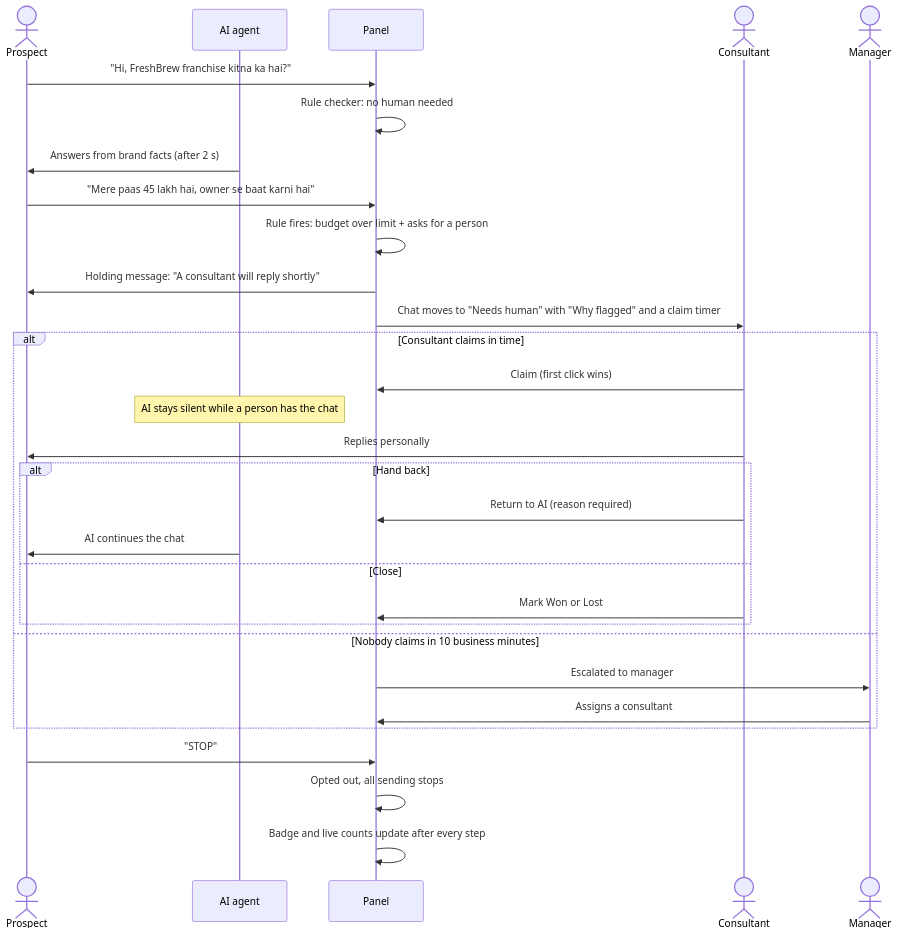
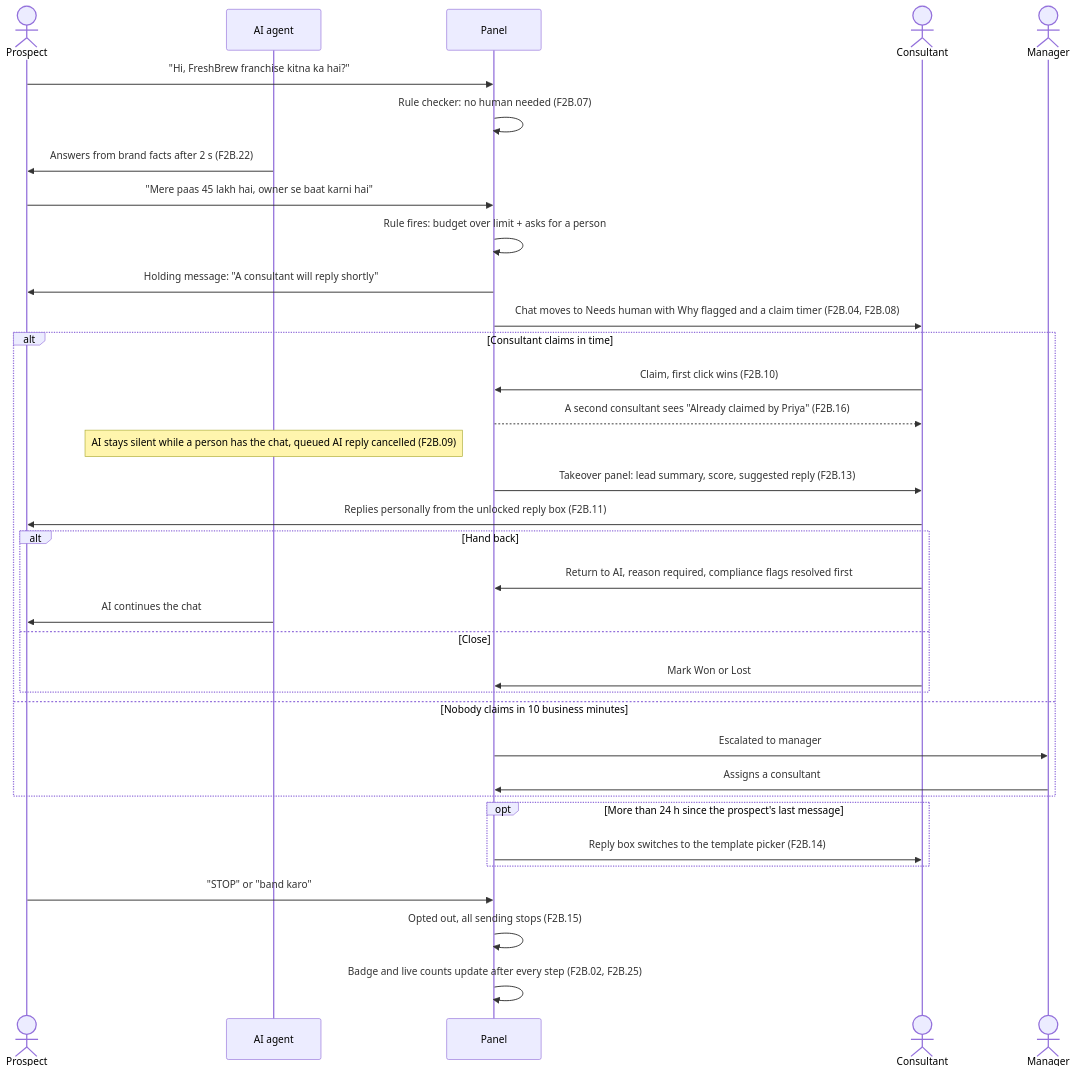
One commit to bhawnamanglapm/Franchise-in-a-Box-OS changed the eighth of 11 diagrams in docs/architecture.md. Above: the diagram before and after it, drawn with Mermaid. The commit also changed other lines of this file and 3 other files, not shown here.

First line of the commit message:
Architecture: trace every R2B feature in the panel diagrams; add submission flow

````diff
--- a/docs/architecture.md
+++ b/docs/architecture.md
@@ -295,33 +301,38 @@
 ```mermaid
 sequenceDiagram
   actor P as Prospect
   participant AI as AI agent
   participant PN as Panel
   actor C as Consultant
   actor M as Manager
 
   P->>PN: "Hi, FreshBrew franchise kitna ka hai?"
-  PN->>PN: Rule checker: no human needed
-  AI->>P: Answers from brand facts (after 2 s)
+  PN->>PN: Rule checker: no human needed (F2B.07)
+  AI->>P: Answers from brand facts after 2 s (F2B.22)
   P->>PN: "Mere paas 45 lakh hai, owner se baat karni hai"
   PN->>PN: Rule fires: budget over limit + asks for a person
   PN->>P: Holding message: "A consultant will reply shortly"
-  PN->>C: Chat moves to "Needs human" with "Why flagged" and a claim timer
+  PN->>C: Chat moves to Needs human with Why flagged and a claim timer (F2B.04, F2B.08)
   alt Consultant claims in time
-    C->>PN: Claim (first click wins)
-    Note over AI: AI stays silent while a person has the chat
-    C->>P: Replies personally
+    C->>PN: Claim, first click wins (F2B.10)
+    PN-->>C: A second consultant sees "Already claimed by Priya" (F2B.16)
+    Note over AI: AI stays silent while a person has the chat, queued AI reply cancelled (F2B.09)
+    PN->>C: Takeover panel: lead summary, score, suggested reply (F2B.13)
+    C->>P: Replies personally from the unlocked reply box (F2B.11)
     alt Hand back
-      C->>PN: Return to AI (reason required)
+      C->>PN: Return to AI, reason required, compliance flags resolved first
       AI->>P: AI continues the chat
     else Close
       C->>PN: Mark Won or Lost
     end
   else Nobody claims in 10 business minutes
     PN->>M: Escalated to manager
     M->>PN: Assigns a consultant
   end
-  P->>PN: "STOP"
-  PN->>PN: Opted out, all sending stops
-  PN->>PN: Badge and live counts update after every step
+  opt More than 24 h since the prospect's last message
+    PN->>C: Reply box switches to the template picker (F2B.14)
+  end
+  P->>PN: "STOP" or "band karo"
+  PN->>PN: Opted out, all sending stops (F2B.15)
+  PN->>PN: Badge and live counts update after every step (F2B.02, F2B.25)
 ```
````
